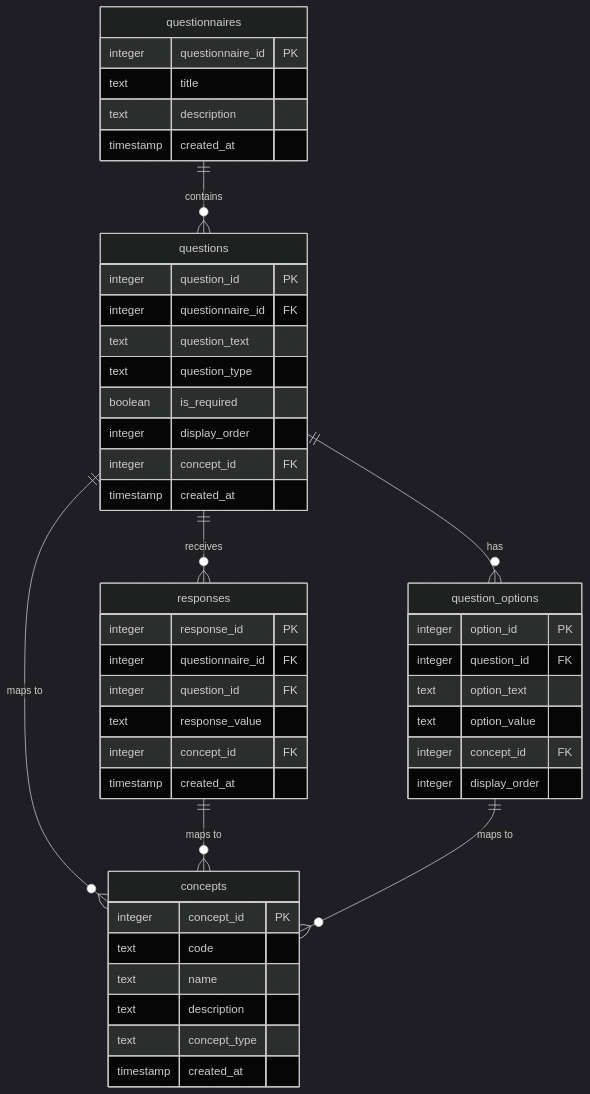
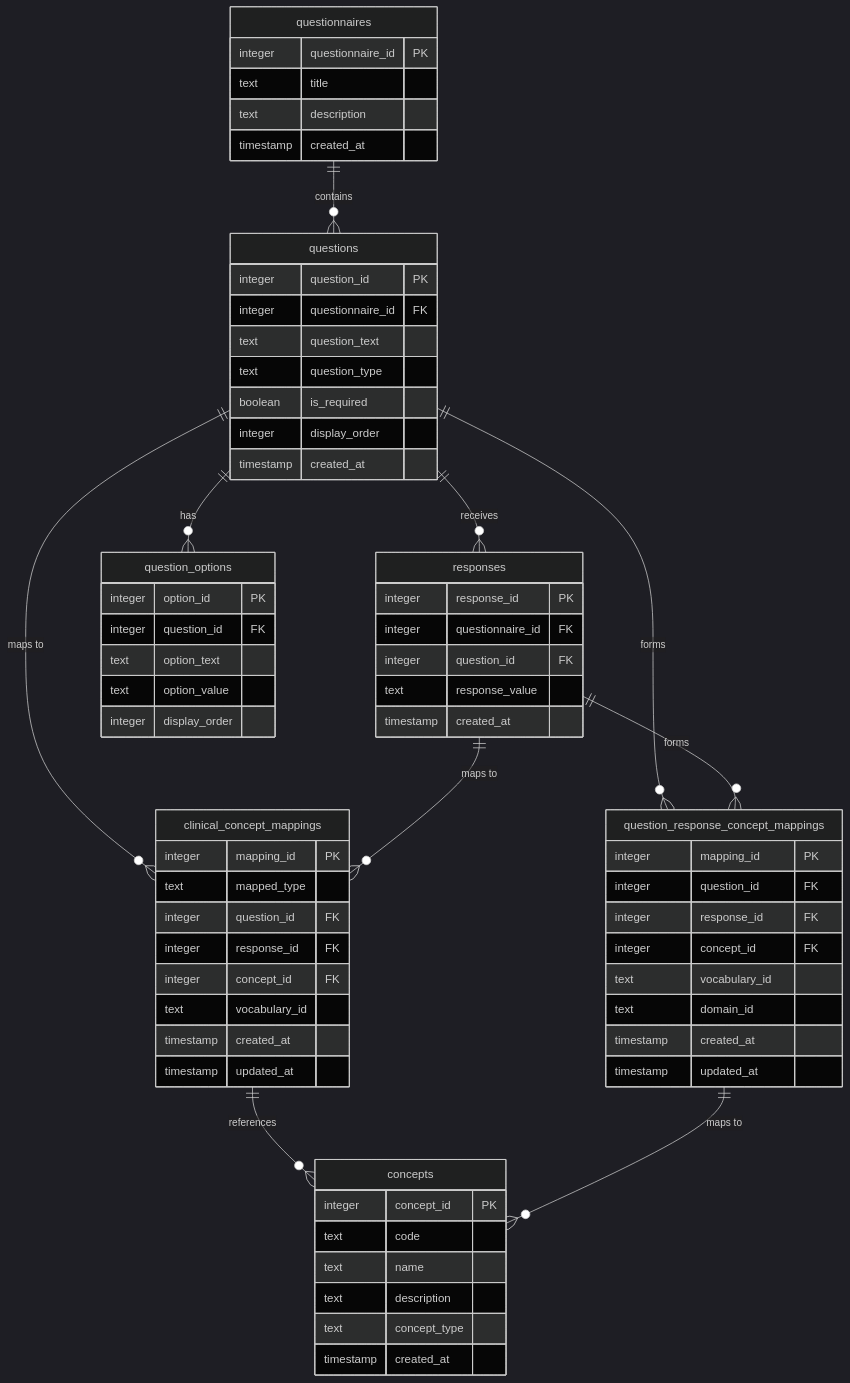
The second of 2 diagrams in README.md (jacobmpeters/questSQL), drawn with Mermaid (dark theme) before and after one commit. The commit also changed other lines of this file, not shown here.

Commit message:
docs: reorganize document flow and emphasize development-time mapping

````diff
--- a/README.md
+++ b/README.md
@@ -77,54 +101,76 @@
 ```mermaid
 erDiagram
     questionnaires ||--o{ questions : contains
     questions ||--o{ responses : receives
     questions ||--o{ question_options : has
-    questions ||--o{ concepts : "maps to"
-    responses ||--o{ concepts : "maps to"
-    question_options ||--o{ concepts : "maps to"
+    questions ||--o{ clinical_concept_mappings : "maps to"
+    responses ||--o{ clinical_concept_mappings : "maps to"
+    clinical_concept_mappings ||--o{ concepts : "references"
+    questions ||--o{ question_response_concept_mappings : "forms"
+    responses ||--o{ question_response_concept_mappings : "forms"
+    question_response_concept_mappings ||--o{ concepts : "maps to"
 
     questionnaires {
         integer questionnaire_id PK
         text title
         text description
         timestamp created_at
     }
 
     questions {
         integer question_id PK
         integer questionnaire_id FK
         text question_text
         text question_type
         boolean is_required
         integer display_order
-        integer concept_id FK
         timestamp created_at
     }
 
     responses {
         integer response_id PK
         integer questionnaire_id FK
         integer question_id FK
         text response_value
-        integer concept_id FK
         timestamp created_at
     }
 
     question_options {
         integer option_id PK
         integer question_id FK
         text option_text
         text option_value
+        integer display_order
+    }
+
+    clinical_concept_mappings {
+        integer mapping_id PK
+        text mapped_type
+        integer question_id FK
+        integer response_id FK
         integer concept_id FK
-        integer display_order
+        text vocabulary_id
+        timestamp created_at
+        timestamp updated_at
+    }
+
+    question_response_concept_mappings {
+        integer mapping_id PK
+        integer question_id FK
+        integer response_id FK
+        integer concept_id FK
+        text vocabulary_id
+        text domain_id
+        timestamp created_at
+        timestamp updated_at
     }
 
     concepts {
         integer concept_id PK
         text code
         text name
         text description
         text concept_type
         timestamp created_at
     }
 ```
````
